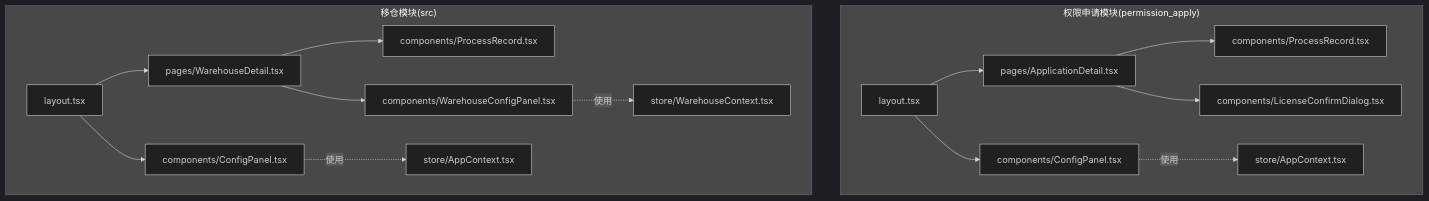
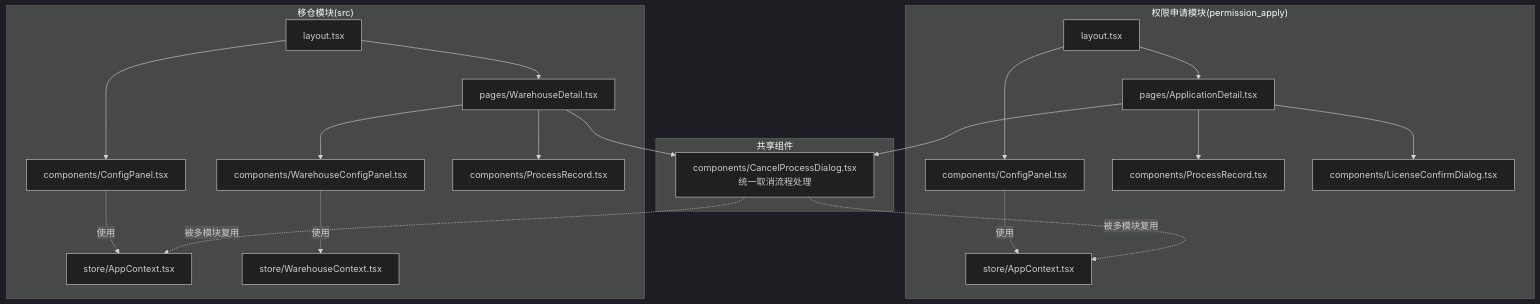
The first of 8 diagrams in .qoder/repowiki/zh/content/UI组件库/业务组件.md (chinak/permission_apply), drawn with Mermaid (dark theme) before and after one commit. The commit also changed other lines of this file and 43 other files, not shown here.

````diff
--- a/.qoder/repowiki/zh/content/UI组件库/业务组件.md
+++ b/.qoder/repowiki/zh/content/UI组件库/业务组件.md
@@ -34,31 +41,38 @@
 ```mermaid
 graph TB
 subgraph "权限申请模块(permission_apply)"
 PA_L["layout.tsx"]
 PA_AP["pages/ApplicationDetail.tsx"]
 PA_CP["components/ConfigPanel.tsx"]
 PA_PRC["components/ProcessRecord.tsx"]
 PA_LCD["components/LicenseConfirmDialog.tsx"]
 PA_CTX["store/AppContext.tsx"]
 end
 subgraph "移仓模块(src)"
 SRC_L["layout.tsx"]
 SRC_WP["pages/WarehouseDetail.tsx"]
 SRC_CP["components/ConfigPanel.tsx"]
 SRC_WCP["components/WarehouseConfigPanel.tsx"]
 SRC_PRC["components/ProcessRecord.tsx"]
 SRC_APPCTX["store/AppContext.tsx"]
 SRC_WCTX["store/WarehouseContext.tsx"]
 end
+subgraph "共享组件"
+CPD["components/CancelProcessDialog.tsx<br/>统一取消流程处理"]
+end
 PA_L --> PA_AP
 PA_L --> PA_CP
 PA_AP --> PA_PRC
 PA_AP --> PA_LCD
+PA_AP --> CPD
 SRC_L --> SRC_WP
 SRC_L --> SRC_CP
 SRC_WP --> SRC_PRC
 SRC_WP --> SRC_WCP
+SRC_WP --> CPD
 PA_CP -. 使用 .-> PA_CTX
 SRC_CP -. 使用 .-> SRC_APPCTX
 SRC_WCP -. 使用 .-> SRC_WCTX
+CPD -. 被多模块复用 .-> PA_CTX
+CPD -. 被多模块复用 .-> SRC_APPCTX
 ```
````
